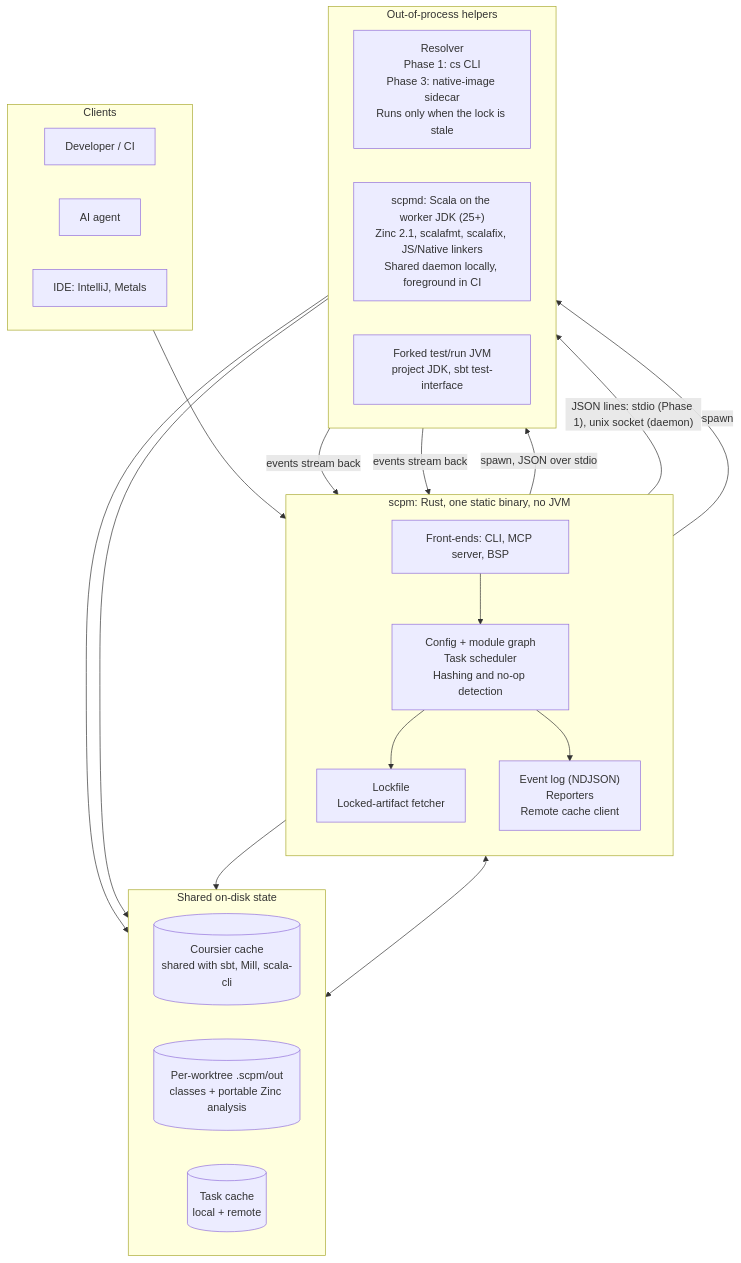
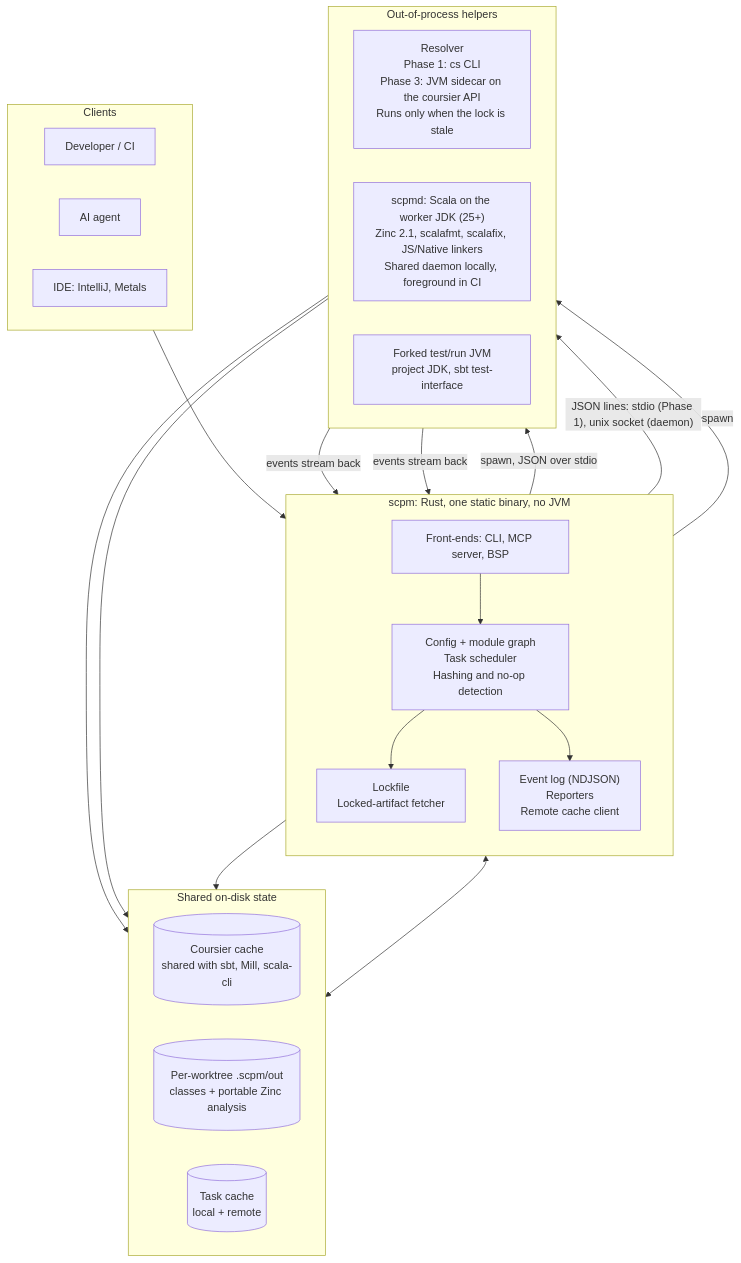
One commit to gatorcse/scpm changed the diagram in docs/design.md. Above: the diagram before and after it, drawn with Mermaid. The commit also changed other lines of this file and 1 other file, not shown here.

First line of the commit message:
design §5.2.1: the coursier resolver sidecar (JVM jar first)

````diff
--- a/docs/design.md
+++ b/docs/design.md
@@ -91,45 +91,45 @@
 ```mermaid
 flowchart TB
     subgraph clients["Clients"]
         direction LR
         user["Developer / CI"]
         agent["AI agent"]
         ide["IDE: IntelliJ, Metals"]
     end
 
     subgraph cli["scpm: Rust, one static binary, no JVM"]
         direction TB
         front["Front-ends: CLI, MCP server, BSP"]
         core["Config + module graph<br/>Task scheduler<br/>Hashing and no-op detection"]
         deps["Lockfile<br/>Locked-artifact fetcher"]
         out["Event log (NDJSON)<br/>Reporters<br/>Remote cache client"]
         front --> core
         core --> deps
         core --> out
     end
 
     subgraph jvm["Out-of-process helpers"]
         direction LR
-        resolver["Resolver<br/>Phase 1: cs CLI<br/>Phase 3: native-image sidecar<br/>Runs only when the lock is stale"]
+        resolver["Resolver<br/>Phase 1: cs CLI<br/>Phase 3: JVM sidecar on the coursier API<br/>Runs only when the lock is stale"]
         scpmd["scpmd: Scala on the worker JDK (25+)<br/>Zinc 2.1, scalafmt, scalafix, JS/Native linkers<br/>Shared daemon locally, foreground in CI"]
         testjvm["Forked test/run JVM<br/>project JDK, sbt test-interface"]
     end
 
     subgraph disk["Shared on-disk state"]
         direction LR
         cscache[("Coursier cache<br/>shared with sbt, Mill, scala-cli")]
         outdir[("Per-worktree .scpm/out<br/>classes + portable Zinc analysis")]
         taskcache[("Task cache<br/>local + remote")]
     end
 
     clients --> front
     deps -- "spawn, JSON over stdio" --> resolver
     core -- "JSON lines: stdio (Phase 1), unix socket (daemon)" --> scpmd
     core -- "spawn" --> testjvm
     scpmd -- "events stream back" --> out
     testjvm -- "events stream back" --> out
     resolver --> cscache
     deps --> cscache
     scpmd --> outdir
     out <--> taskcache
 ```
````
